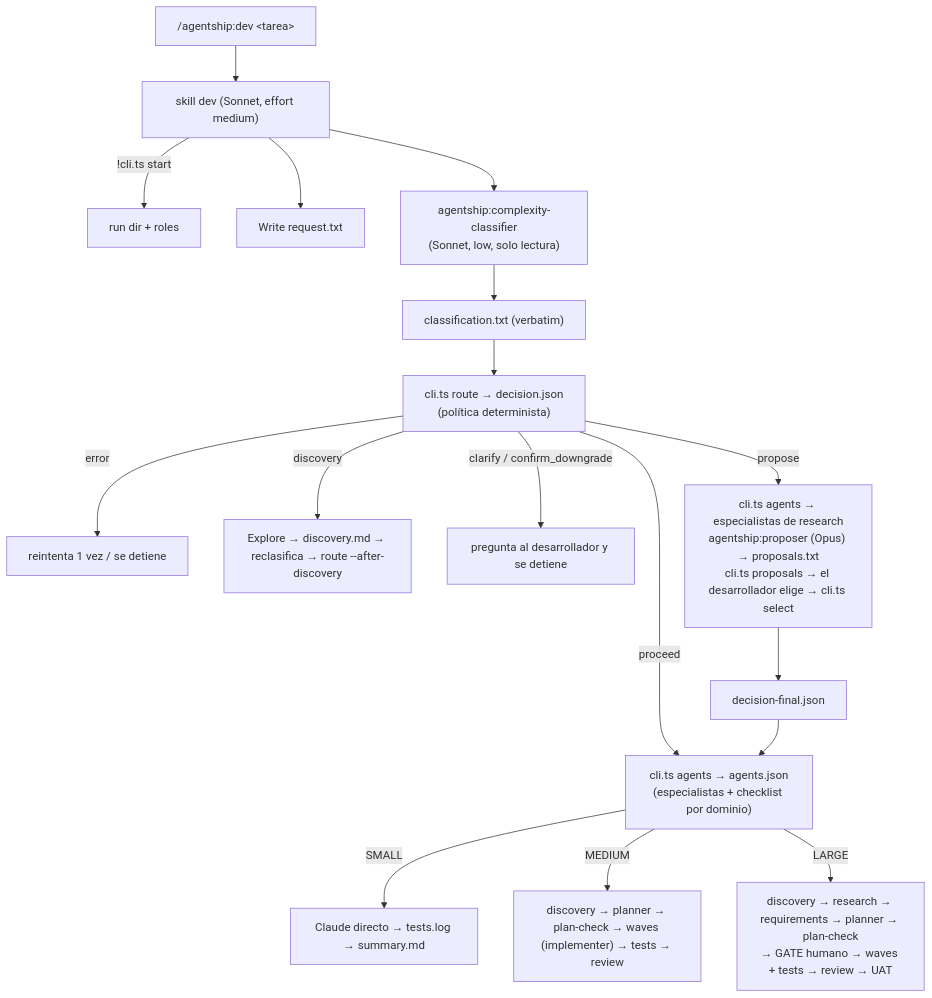
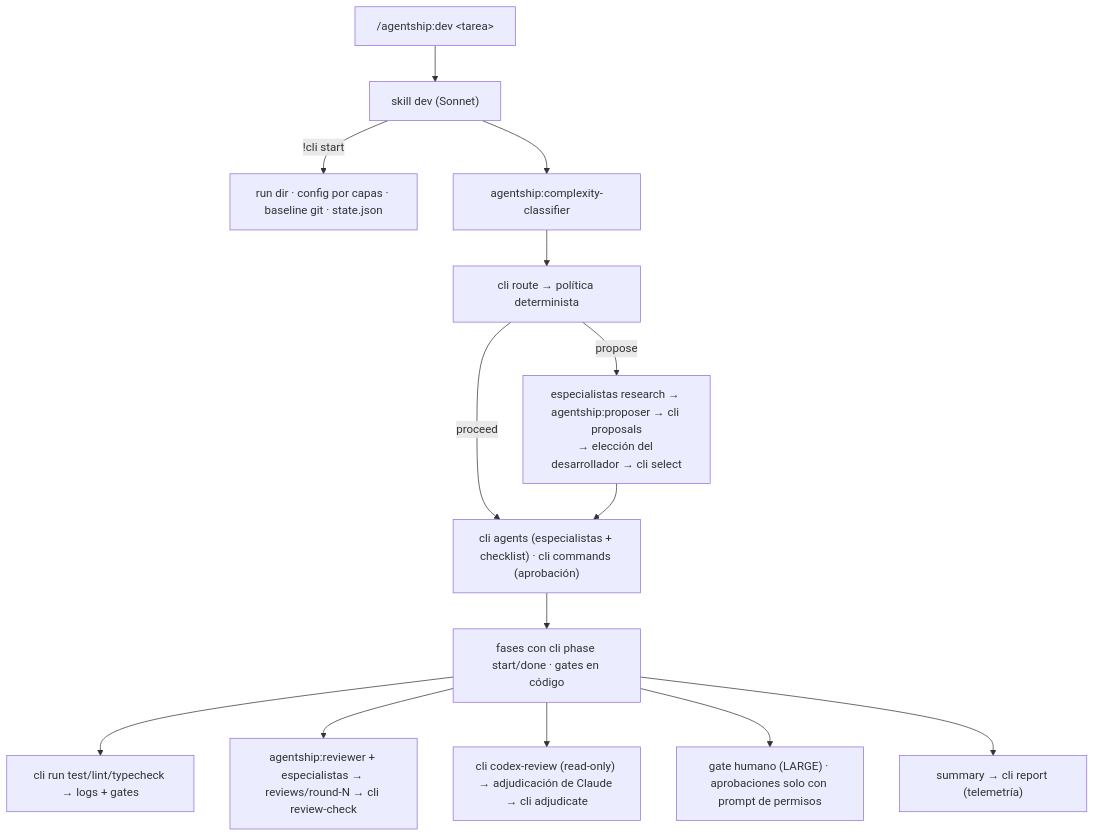
The diagram in docs/architecture.md (dong4to/agentship), drawn with Mermaid before and after one commit. The commit also changed other lines of this file and 34 other files, not shown here.

````diff
--- a/docs/architecture.md
+++ b/docs/architecture.md
@@ -3,19 +3,16 @@
 ```mermaid
 flowchart TD
-    U["/agentship:dev &lt;tarea&gt;"] --> S["skill dev (Sonnet, effort medium)"]
-    S -->|"!cli.ts start"| R["run dir + roles"]
-    S --> W1["Write request.txt"]
-    S --> C["agentship:complexity-classifier<br/>(Sonnet, low, solo lectura)"]
-    C --> W2["classification.txt (verbatim)"]
-    W2 --> P["cli.ts route → decision.json<br/>(política determinista)"]
-    P -->|error| E["reintenta 1 vez / se detiene"]
-    P -->|discovery| D["Explore → discovery.md → reclasifica → route --after-discovery"]
-    P -->|clarify / confirm_downgrade| H["pregunta al desarrollador y se detiene"]
-    P -->|propose| PR["cli.ts agents → especialistas de research<br/>agentship:proposer (Opus) → proposals.txt<br/>cli.ts proposals → el desarrollador elige → cli.ts select"]
-    PR --> PD["decision-final.json"]
+    U["/agentship:dev &lt;tarea&gt;"] --> S["skill dev (Sonnet)"]
+    S -->|"!cli start"| R["run dir · config por capas · baseline git · state.json"]
+    S --> C["agentship:complexity-classifier"]
+    C --> P["cli route → política determinista"]
+    P -->|propose| PR["especialistas research → agentship:proposer → cli proposals<br/>→ elección del desarrollador → cli select"]
     P -->|proceed| AG
-    PD --> AG["cli.ts agents → agents.json<br/>(especialistas + checklist por dominio)"]
-    AG -->|SMALL| SM["Claude directo → tests.log → summary.md"]
-    AG -->|MEDIUM| MQ["discovery → planner → plan-check → waves (implementer) → tests → review"]
-    AG -->|LARGE| LG["discovery → research → requirements → planner → plan-check<br/>→ GATE humano → waves + tests → review → UAT"]
+    PR --> AG["cli agents (especialistas + checklist) · cli commands (aprobación)"]
+    AG --> PH["fases con cli phase start/done · gates en código"]
+    PH --> T["cli run test/lint/typecheck → logs + gates"]
+    PH --> RV["agentship:reviewer + especialistas → reviews/round-N → cli review-check"]
+    PH --> CX["cli codex-review (read-only) → adjudicación de Claude → cli adjudicate"]
+    PH --> HG["gate humano (LARGE) · aprobaciones solo con prompt de permisos"]
+    PH --> SUM["summary → cli report (telemetría)"]
 ```
````
